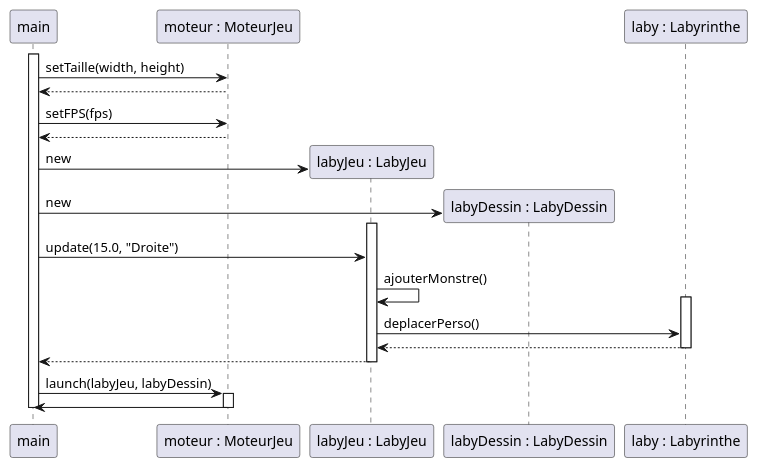
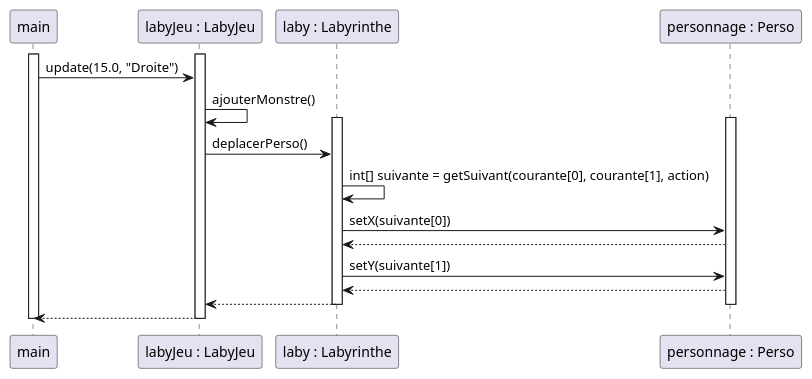
Before and after one commit to Zhi-Sheng-Trieu/2022_Zeldiablo_Doan_Oudin_Trieu_Noel: the diagram in documents/version_2/diagSequenceGenerationMonstres.puml, drawn with PlantUML. The commit also changed 1 other file, not shown here.

```diff
--- a/documents/version_2/diagSequenceGenerationMonstres.puml
+++ b/documents/version_2/diagSequenceGenerationMonstres.puml
@@ -1,37 +1,34 @@
 @startuml
 participant "main" as main
-participant "moteur : MoteurJeu" as moteur
 participant "labyJeu : LabyJeu" as labyJeu
-participant "labyDessin : LabyDessin" as labyDessin
 participant "laby : Labyrinthe" as laby
+participant "personnage : Perso" as personnage
+
 
 
 activate main
-    main -> moteur : setTaille(width, height)
-    moteur --> main
-    main -> moteur : setFPS(fps)
-    moteur --> main
-    create labyJeu
-    main -> labyJeu : new
-    create labyDessin
-    main -> labyDessin : new
+
 
     activate labyJeu
         main -> labyJeu : update(15.0, "Droite")
         labyJeu -> labyJeu : ajouterMonstre()
         activate laby
-            labyJeu -> laby : deplacerPerso()
-            laby --> labyJeu
+            activate personnage
+                labyJeu -> laby : deplacerPerso()
+                laby -> laby : int[] suivante = getSuivant(courante[0], courante[1], action)
+                laby -> personnage : setX(suivante[0])
+                personnage --> laby
+                laby -> personnage : setY(suivante[1])
+                personnage --> laby
+                laby --> labyJeu
+            deactivate personnage
         deactivate laby
 
     labyJeu --> main
     deactivate labyJeu
 
-    main -> moteur : launch(labyJeu, labyDessin)
-    activate moteur
-    moteur -> main
-    deactivate moteur
+
 
 deactivate main
 
 @enduml
```
